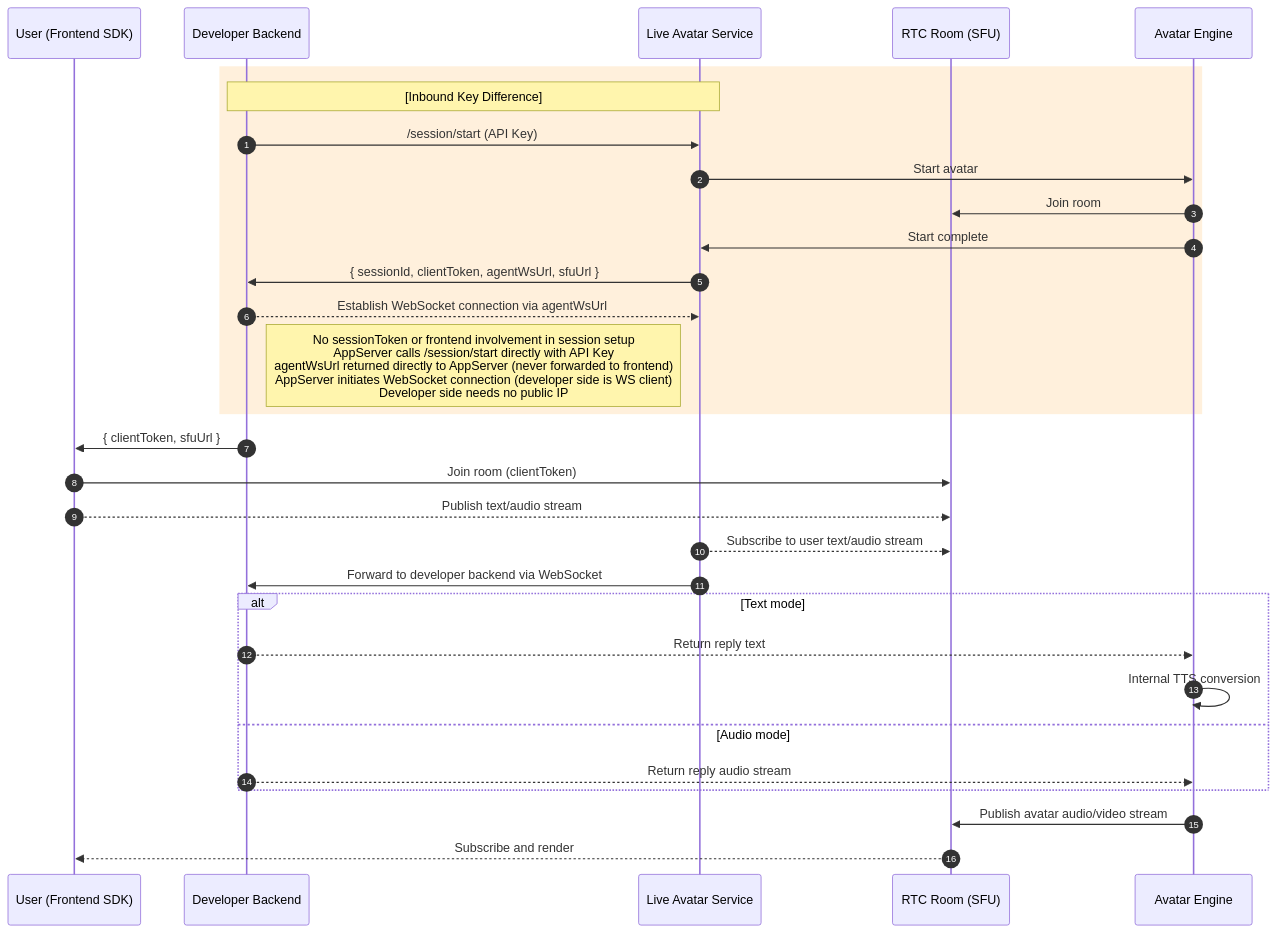
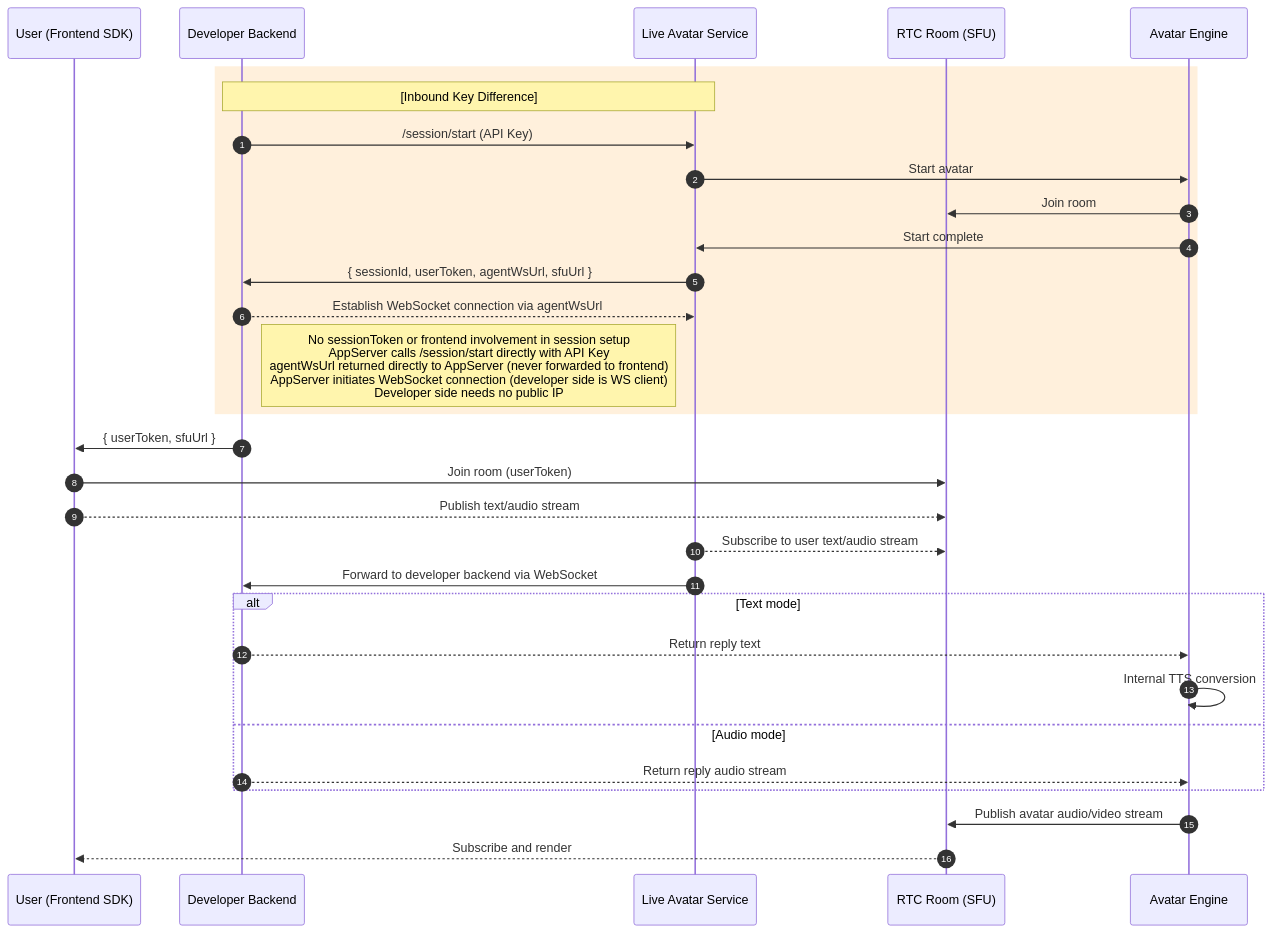
One commit to newportAI-lab/liveavatar-channel-python changed the first of 3 diagrams in PROTOCOL.md. Above: the diagram before and after it, drawn with Mermaid. The commit also changed other lines of this file and 1 other file, not shown here.

````diff
--- a/PROTOCOL.md
+++ b/PROTOCOL.md
@@ -79,41 +78,41 @@
 ```mermaid
 sequenceDiagram
     autonumber
     participant User as User (Frontend SDK)
     participant AppServer as Developer Backend
     participant Platform as Live Avatar Service
     participant RTC as RTC Room (SFU)
     participant Avatar as Avatar Engine
 
     %% Key difference: entire session establishment is server-side only
     rect rgb(255, 240, 220)
     Note over AppServer, Platform: [Inbound Key Difference]
     AppServer->>Platform: /session/start (API Key)
     Platform->>Avatar: Start avatar
     Avatar->>RTC: Join room
     Avatar->>Platform: Start complete
-    Platform->>AppServer: { sessionId, clientToken, agentWsUrl, sfuUrl }
+    Platform->>AppServer: { sessionId, userToken, agentWsUrl, sfuUrl }
     AppServer-->>Platform: Establish WebSocket connection via agentWsUrl
     Note right of AppServer: No sessionToken or frontend involvement in session setup<br/>AppServer calls /session/start directly with API Key<br/>agentWsUrl returned directly to AppServer (never forwarded to frontend)<br/>AppServer initiates WebSocket connection (developer side is WS client)<br/>Developer side needs no public IP
     end
-    AppServer->>User: { clientToken, sfuUrl }
+    AppServer->>User: { userToken, sfuUrl }
 
     %% 2. RTC link establishment
-    User->>RTC: Join room (clientToken)
+    User->>RTC: Join room (userToken)
     User-->>RTC: Publish text/audio stream
 
     %% 3. Core business loop
     Platform-->>RTC: Subscribe to user text/audio stream
     Platform->>AppServer: Forward to developer backend via WebSocket
 
     alt Text mode
         AppServer-->>Avatar: Return reply text
         Avatar->>Avatar: Internal TTS conversion
     else Audio mode
         AppServer-->>Avatar: Return reply audio stream
     end
 
     %% 4. Avatar feedback
     Avatar->>RTC: Publish avatar audio/video stream
     RTC-->>User: Subscribe and render
 ```
````
